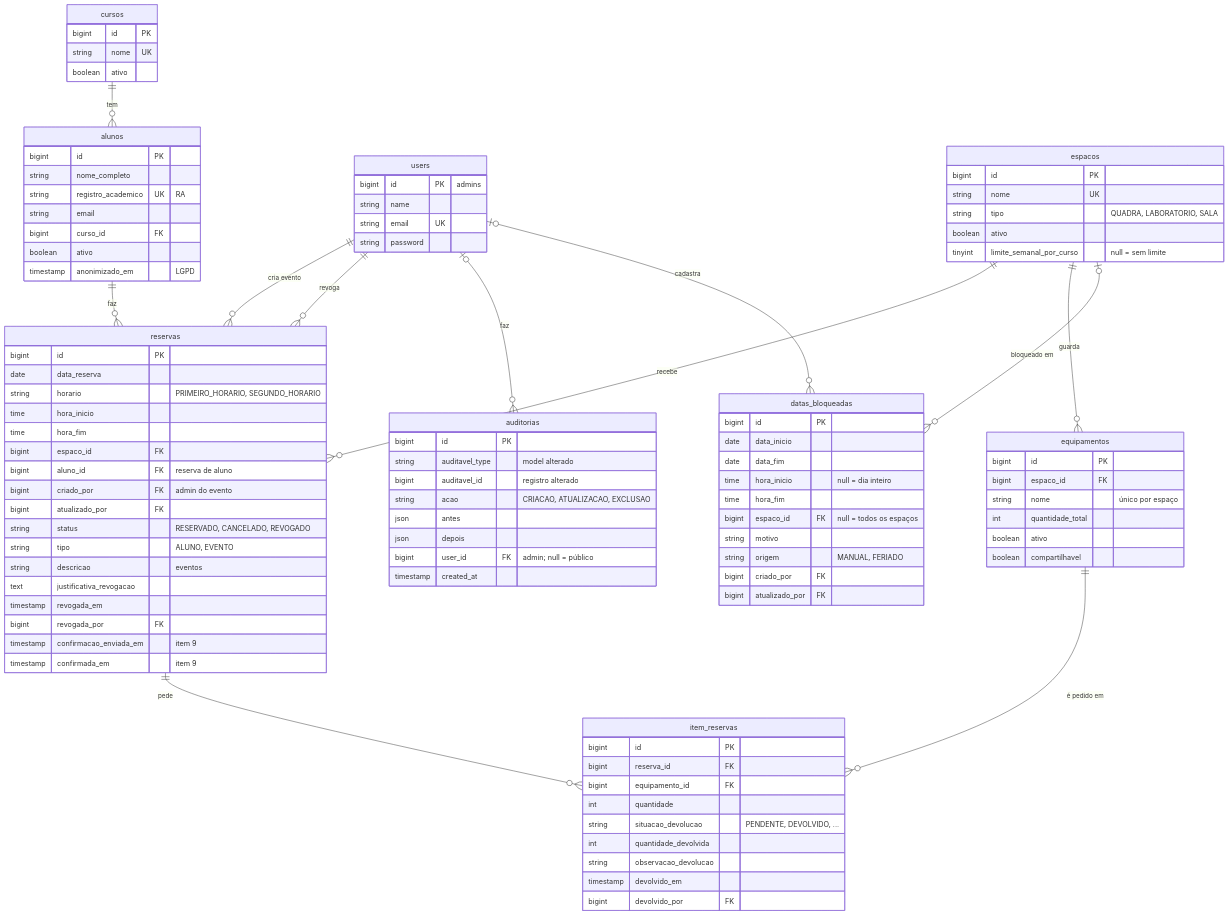
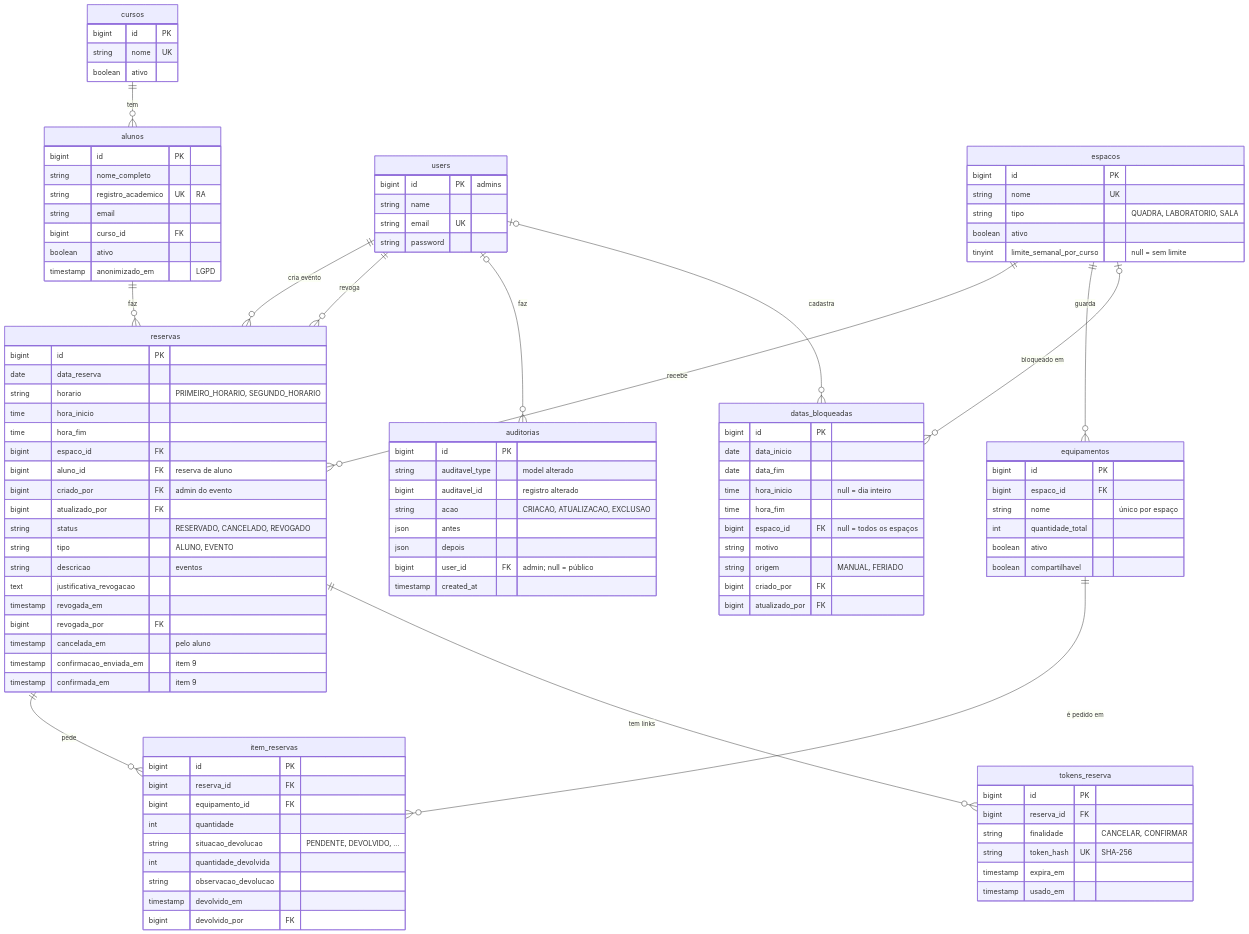
The diagram in DATABASE.md (ericjunq/reserva-quadra), drawn with Mermaid before and after one commit. The commit also changed other lines of this file and 3 other files, not shown here.

```diff
--- a/DATABASE.md
+++ b/DATABASE.md
@@ -22,6 +22,7 @@
     espacos |o--o{ datas_bloqueadas : "bloqueado em"
     users |o--o{ datas_bloqueadas : "cadastra"
     reservas ||--o{ item_reservas : "pede"
+    reservas ||--o{ tokens_reserva : "tem links"
     equipamentos ||--o{ item_reservas : "é pedido em"
 
     cursos {
@@ -80,6 +81,7 @@
         text justificativa_revogacao
         timestamp revogada_em
         bigint revogada_por FK
+        timestamp cancelada_em "pelo aluno"
         timestamp confirmacao_enviada_em "item 9"
         timestamp confirmada_em "item 9"
     }
@@ -109,6 +111,15 @@
         bigint atualizado_por FK
     }
 
+    tokens_reserva {
+        bigint id PK
+        bigint reserva_id FK
+        string finalidade "CANCELAR, CONFIRMAR"
+        string token_hash UK "SHA-256"
+        timestamp expira_em
+        timestamp usado_em
+    }
+
     auditorias {
         bigint id PK
         string auditavel_type "model alterado"
```
